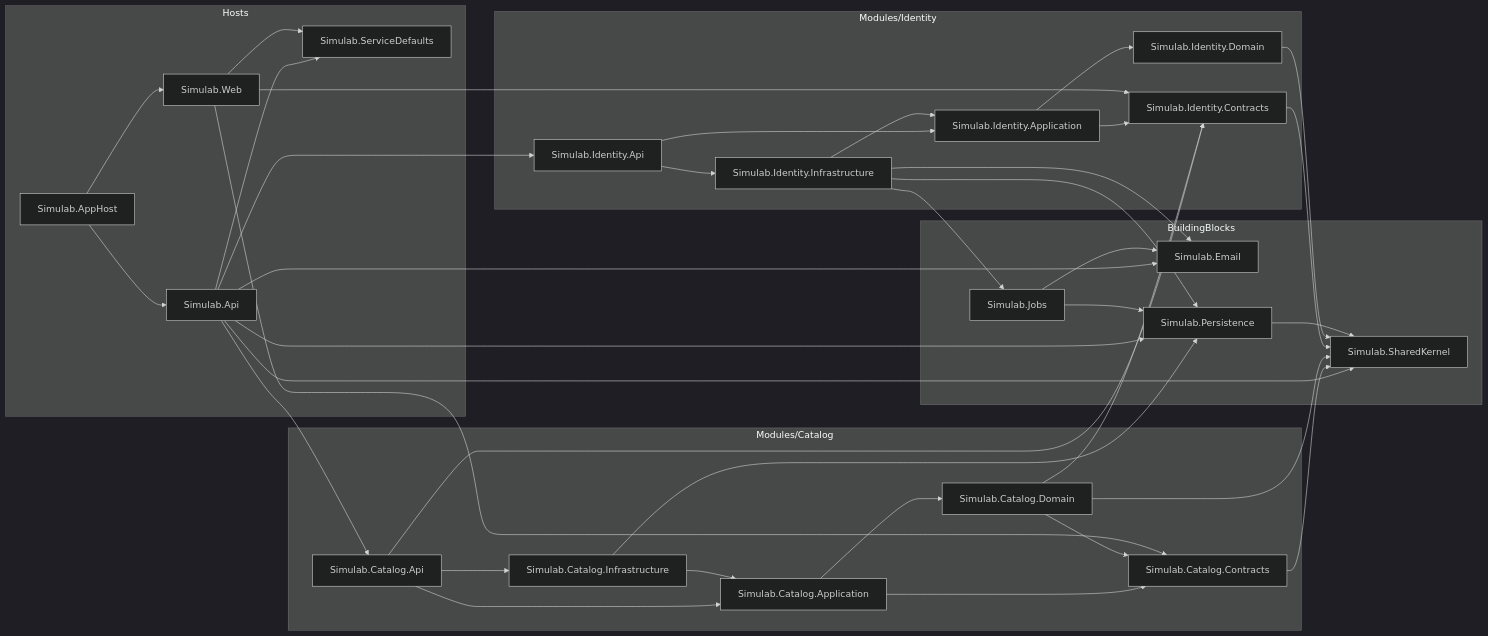
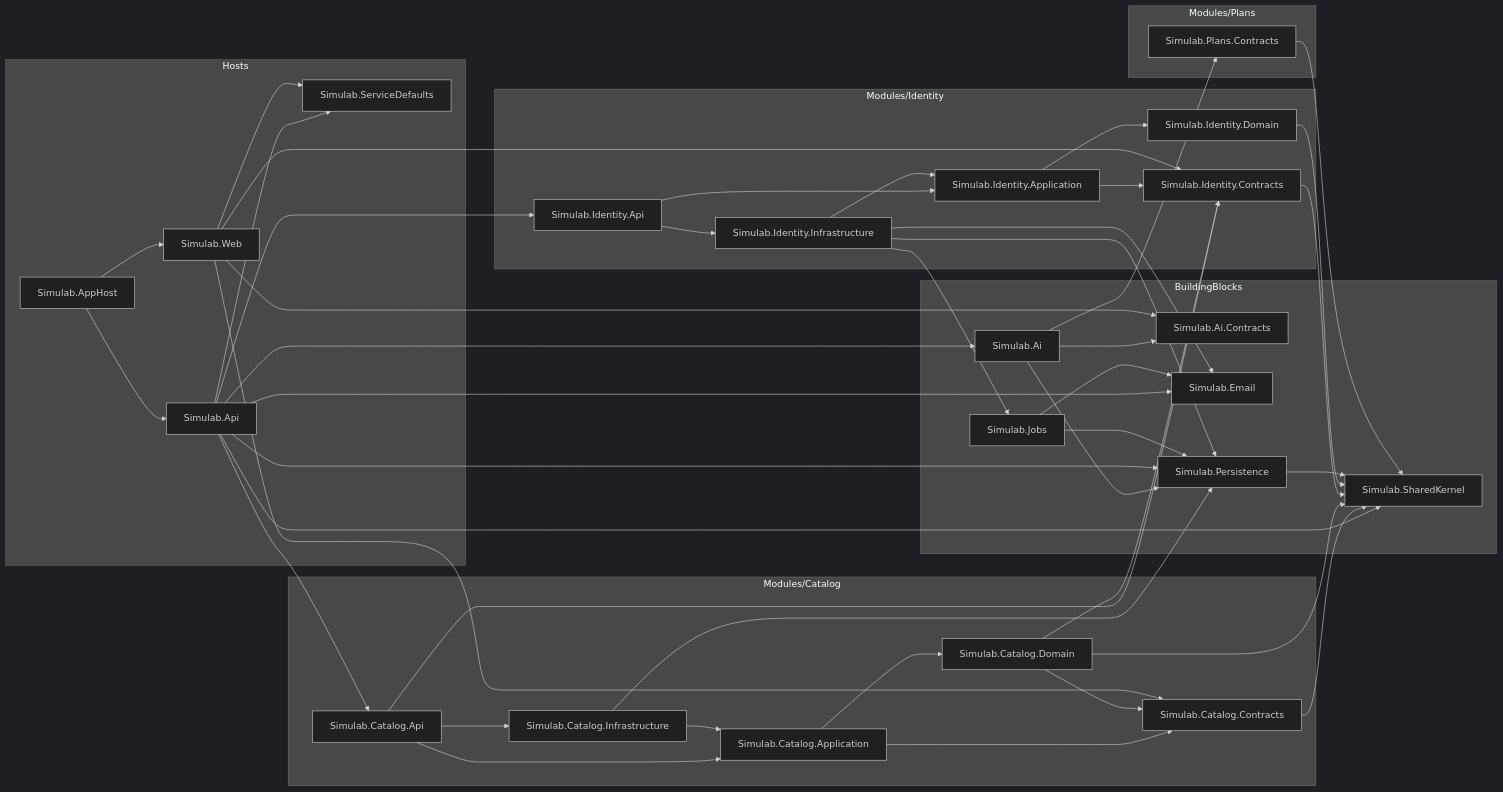
One commit to alexcanario/simulab changed the diagram in docs/architecture/modules.md. Above: the diagram before and after it, drawn with Mermaid (dark theme). The commit also changed 9 other files, not shown here.

````diff
--- a/docs/architecture/modules.md
+++ b/docs/architecture/modules.md
@@ -5,64 +5,75 @@
 ```mermaid
 flowchart LR
     subgraph BuildingBlocks["BuildingBlocks"]
+        Simulab_Ai["Simulab.Ai"]
+        Simulab_Ai_Contracts["Simulab.Ai.Contracts"]
         Simulab_Email["Simulab.Email"]
         Simulab_Jobs["Simulab.Jobs"]
         Simulab_Persistence["Simulab.Persistence"]
         Simulab_SharedKernel["Simulab.SharedKernel"]
     end
     subgraph Hosts["Hosts"]
         Simulab_Api["Simulab.Api"]
         Simulab_AppHost["Simulab.AppHost"]
         Simulab_ServiceDefaults["Simulab.ServiceDefaults"]
         Simulab_Web["Simulab.Web"]
     end
     subgraph Modules_Catalog["Modules/Catalog"]
         Simulab_Catalog_Api["Simulab.Catalog.Api"]
         Simulab_Catalog_Application["Simulab.Catalog.Application"]
         Simulab_Catalog_Contracts["Simulab.Catalog.Contracts"]
         Simulab_Catalog_Domain["Simulab.Catalog.Domain"]
         Simulab_Catalog_Infrastructure["Simulab.Catalog.Infrastructure"]
     end
     subgraph Modules_Identity["Modules/Identity"]
         Simulab_Identity_Api["Simulab.Identity.Api"]
         Simulab_Identity_Application["Simulab.Identity.Application"]
         Simulab_Identity_Contracts["Simulab.Identity.Contracts"]
         Simulab_Identity_Domain["Simulab.Identity.Domain"]
         Simulab_Identity_Infrastructure["Simulab.Identity.Infrastructure"]
     end
+    subgraph Modules_Plans["Modules/Plans"]
+        Simulab_Plans_Contracts["Simulab.Plans.Contracts"]
+    end
+    Simulab_Ai --> Simulab_Ai_Contracts
+    Simulab_Ai --> Simulab_Persistence
+    Simulab_Ai --> Simulab_Plans_Contracts
+    Simulab_Api --> Simulab_Ai
     Simulab_Api --> Simulab_Catalog_Api
     Simulab_Api --> Simulab_Email
     Simulab_Api --> Simulab_Identity_Api
     Simulab_Api --> Simulab_Persistence
     Simulab_Api --> Simulab_ServiceDefaults
     Simulab_Api --> Simulab_SharedKernel
     Simulab_AppHost --> Simulab_Api
     Simulab_AppHost --> Simulab_Web
     Simulab_Catalog_Api --> Simulab_Catalog_Application
     Simulab_Catalog_Api --> Simulab_Catalog_Infrastructure
     Simulab_Catalog_Api --> Simulab_Identity_Contracts
     Simulab_Catalog_Application --> Simulab_Catalog_Contracts
     Simulab_Catalog_Application --> Simulab_Catalog_Domain
     Simulab_Catalog_Contracts --> Simulab_SharedKernel
     Simulab_Catalog_Domain --> Simulab_Catalog_Contracts
     Simulab_Catalog_Domain --> Simulab_Identity_Contracts
     Simulab_Catalog_Domain --> Simulab_SharedKernel
     Simulab_Catalog_Infrastructure --> Simulab_Catalog_Application
     Simulab_Catalog_Infrastructure --> Simulab_Persistence
     Simulab_Identity_Api --> Simulab_Identity_Application
     Simulab_Identity_Api --> Simulab_Identity_Infrastructure
     Simulab_Identity_Application --> Simulab_Identity_Contracts
     Simulab_Identity_Application --> Simulab_Identity_Domain
     Simulab_Identity_Contracts --> Simulab_SharedKernel
     Simulab_Identity_Domain --> Simulab_SharedKernel
     Simulab_Identity_Infrastructure --> Simulab_Email
     Simulab_Identity_Infrastructure --> Simulab_Identity_Application
     Simulab_Identity_Infrastructure --> Simulab_Jobs
     Simulab_Identity_Infrastructure --> Simulab_Persistence
     Simulab_Jobs --> Simulab_Email
     Simulab_Jobs --> Simulab_Persistence
     Simulab_Persistence --> Simulab_SharedKernel
+    Simulab_Plans_Contracts --> Simulab_SharedKernel
+    Simulab_Web --> Simulab_Ai_Contracts
     Simulab_Web --> Simulab_Catalog_Contracts
     Simulab_Web --> Simulab_Identity_Contracts
     Simulab_Web --> Simulab_ServiceDefaults
 ```
````
